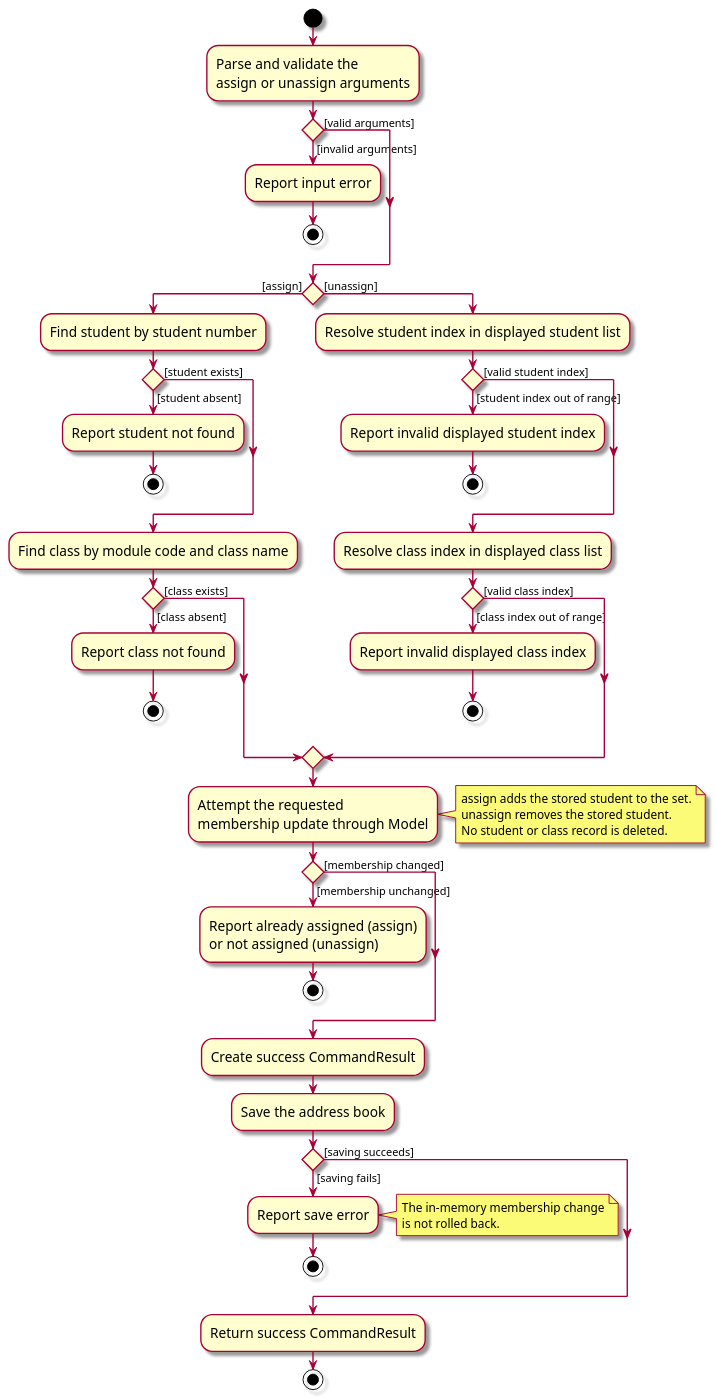
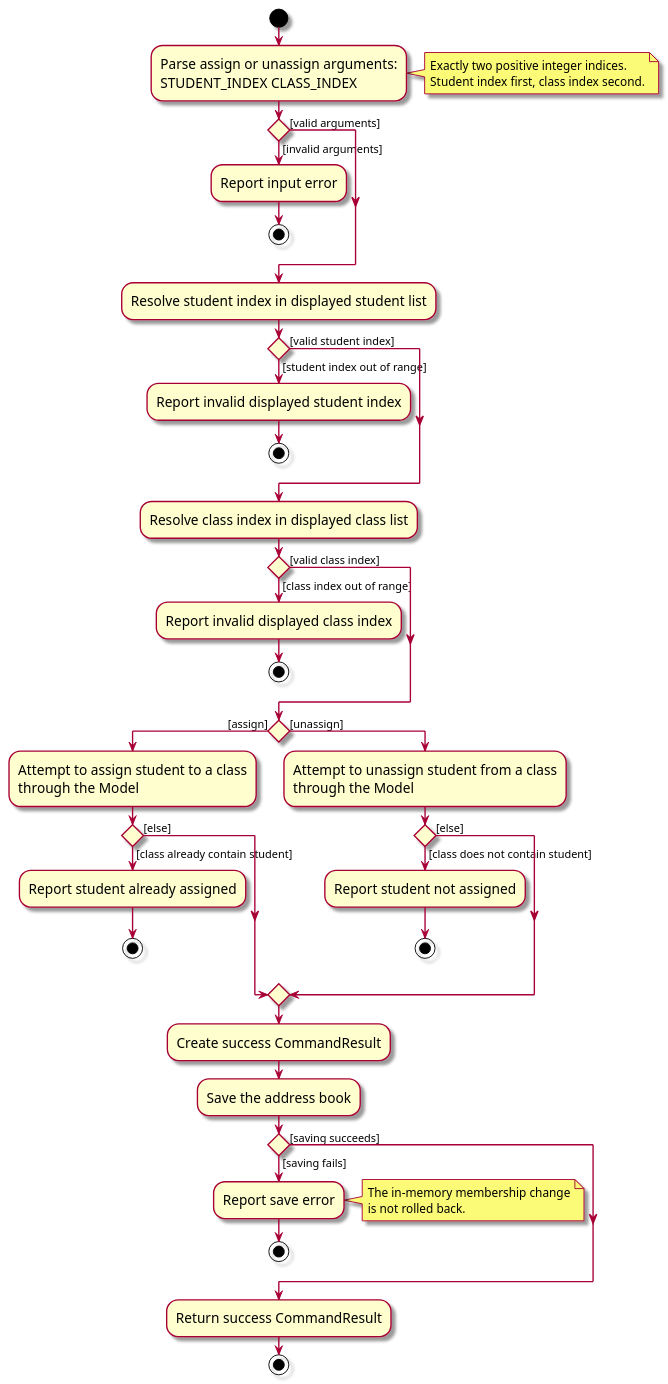
One commit to AY2627S1-CS2103-F10-2/tp changed the diagram in diagrams/AssignUnassignActivityDiagram.puml. Above: the diagram before and after it, drawn with PlantUML. The commit also changed 25 other files, not shown here.

```diff
--- a/diagrams/AssignUnassignActivityDiagram.puml
+++ b/diagrams/AssignUnassignActivityDiagram.puml
@@ -1,74 +1,66 @@
 @startuml
 skin rose
 skinparam ActivityFontSize 15
 skinparam ArrowFontSize 12
 
 start
-:Parse and validate the
-assign or unassign arguments;
+:Parse assign or unassign arguments:
+STUDENT_INDEX CLASS_INDEX;
+note right
+Exactly two positive integer indices.
+Student index first, class index second.
+end note
 
 ' Guards are on the outgoing branches, matching CommitActivityDiagram.puml.
 if () then ([invalid arguments])
     :Report input error;
     stop
 else ([valid arguments])
 endif
 
+:Resolve student index in displayed student list;
+if () then ([student index out of range])
+    :Report invalid displayed student index;
+    stop
+else ([valid student index])
+endif
+:Resolve class index in displayed class list;
+if () then ([class index out of range])
+    :Report invalid displayed class index;
+    stop
+else ([valid class index])
+endif
+
 if () then ([assign])
-    :Find student by student number;
-    if () then ([student absent])
-        :Report student not found;
+    :Attempt to assign student to a class
+    through the Model;
+    if () then ([class already contain student])
+        :Report student already assigned;
         stop
-    else ([student exists])
-    endif
-    :Find class by module code and class name;
-    if () then ([class absent])
-        :Report class not found;
-        stop
-    else ([class exists])
+    else ([else])
     endif
 else ([unassign])
-    :Resolve student index in displayed student list;
-    if () then ([student index out of range])
-        :Report invalid displayed student index;
+    :Attempt to unassign student from a class
+    through the Model;
+    if () then ([class does not contain student])
+        :Report student not assigned;
         stop
-    else ([valid student index])
+    else ([else])
     endif
-    :Resolve class index in displayed class list;
-    if () then ([class index out of range])
-        :Report invalid displayed class index;
-        stop
-    else ([valid class index])
-    endif
-endif
-
-:Attempt the requested
-membership update through Model;
-note right
-assign adds the stored student to the set.
-unassign removes the stored student.
-No student or class record is deleted.
-end note
-
-if () then ([membership unchanged])
-    :Report already assigned (assign)
-    or not assigned (unassign);
-    stop
-else ([membership changed])
 endif
 
 :Create success CommandResult;
 :Save the address book;
 if () then ([saving fails])
     :Report save error;
     note right
     The in-memory membership change
     is not rolled back.
     end note
     stop
 else ([saving succeeds])
 endif
 
 :Return success CommandResult;
 stop
 @enduml
```
